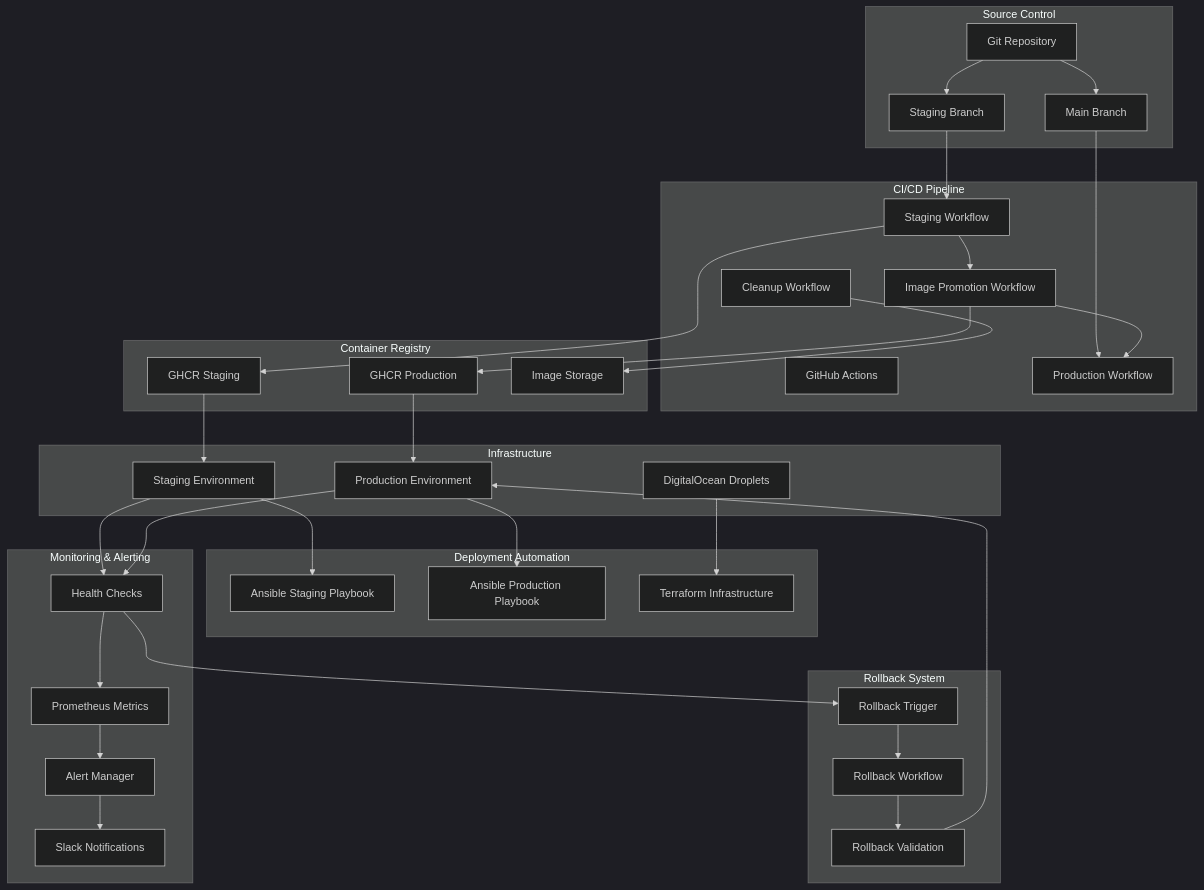
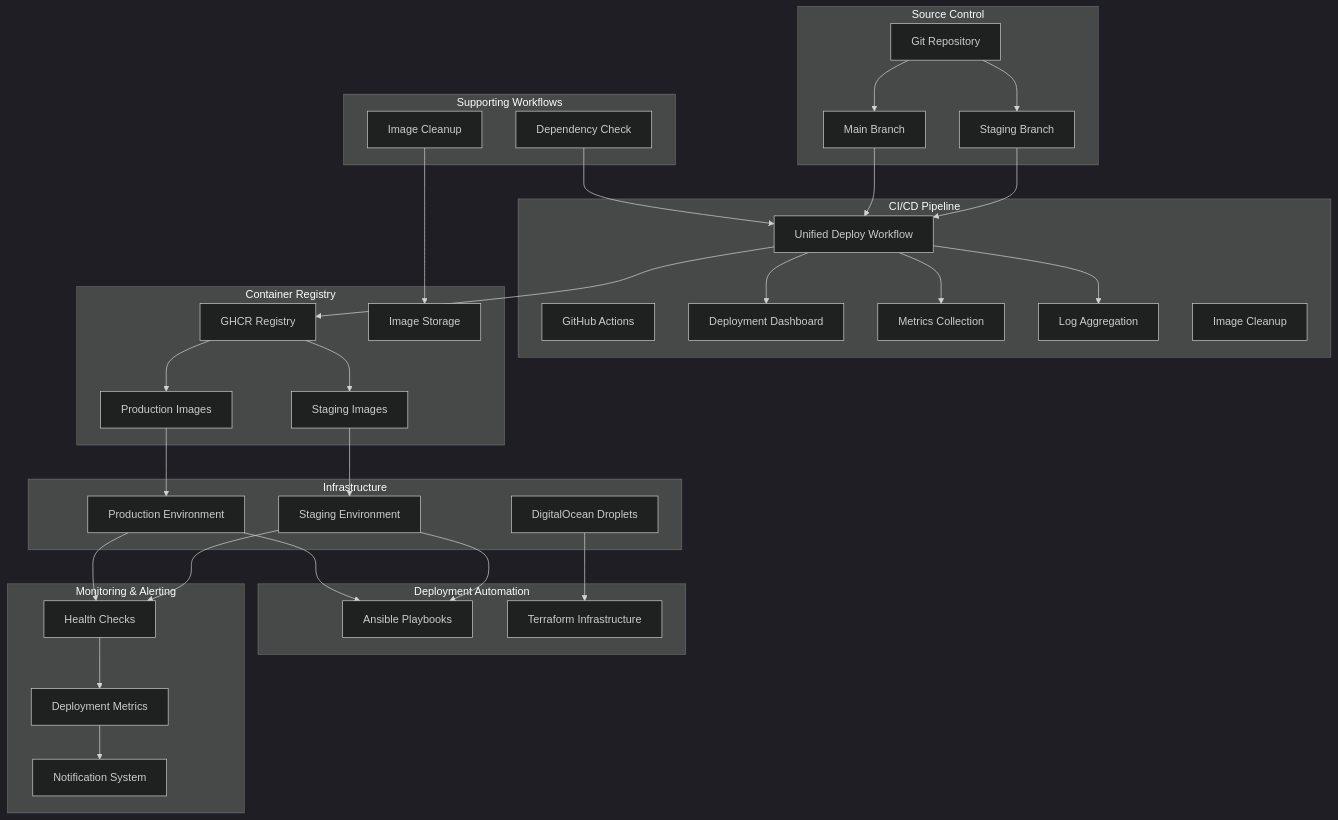
One commit to bxmty/dotca changed the first of 11 diagrams in docs/component-interaction-diagram.md. Above: the diagram before and after it, drawn with Mermaid (dark theme). The commit also changed other lines of this file and 7 other files, not shown here.

````diff
--- a/docs/component-interaction-diagram.md
+++ b/docs/component-interaction-diagram.md
@@ -9,71 +9,68 @@
 ```mermaid
 graph TB
     subgraph "Source Control"
         A[Git Repository]
         B[Staging Branch]
         C[Main Branch]
     end
 
     subgraph "CI/CD Pipeline"
         D[GitHub Actions]
-        E[Staging Workflow]
-        F[Image Promotion Workflow]
-        G[Production Workflow]
-        H[Cleanup Workflow]
+        E[Unified Deploy Workflow]
+        F[Deployment Dashboard]
+        G[Metrics Collection]
+        H[Log Aggregation]
+        I[Image Cleanup]
     end
 
     subgraph "Container Registry"
-        I[GHCR Staging]
-        J[GHCR Production]
-        K[Image Storage]
+        J[GHCR Registry]
+        K[Staging Images]
+        L[Production Images]
+        M[Image Storage]
     end
 
     subgraph "Infrastructure"
-        L[Staging Environment]
-        M[Production Environment]
-        N[DigitalOcean Droplets]
+        N[Staging Environment]
+        O[Production Environment]
+        P[DigitalOcean Droplets]
     end
 
     subgraph "Deployment Automation"
-        O[Ansible Staging Playbook]
-        P[Ansible Production Playbook]
-        Q[Terraform Infrastructure]
+        Q[Ansible Playbooks]
+        R[Terraform Infrastructure]
     end
 
     subgraph "Monitoring & Alerting"
-        R[Health Checks]
-        S[Prometheus Metrics]
-        T[Alert Manager]
-        U[Slack Notifications]
+        S[Health Checks]
+        T[Deployment Metrics]
+        U[Notification System]
     end
 
-    subgraph "Rollback System"
-        V[Rollback Trigger]
-        W[Rollback Workflow]
-        X[Rollback Validation]
+    subgraph "Supporting Workflows"
+        V[Dependency Check]
+        W[Image Cleanup]
     end
 
     A --> B
     A --> C
     B --> E
-    C --> G
-    E --> F
-    F --> G
-    E --> I
-    F --> J
-    I --> L
-    J --> M
+    C --> E
+    E --> J
+    J --> K
+    J --> L
+    K --> N
     L --> O
-    M --> P
     N --> Q
-    L --> R
-    M --> R
-    R --> S
+    O --> Q
+    P --> R
+    N --> S
+    O --> S
     S --> T
     T --> U
-    R --> V
-    V --> W
-    W --> X
-    X --> M
-    H --> K
+    E --> F
+    E --> G
+    E --> H
+    W --> M
+    V --> E
 ```
````
